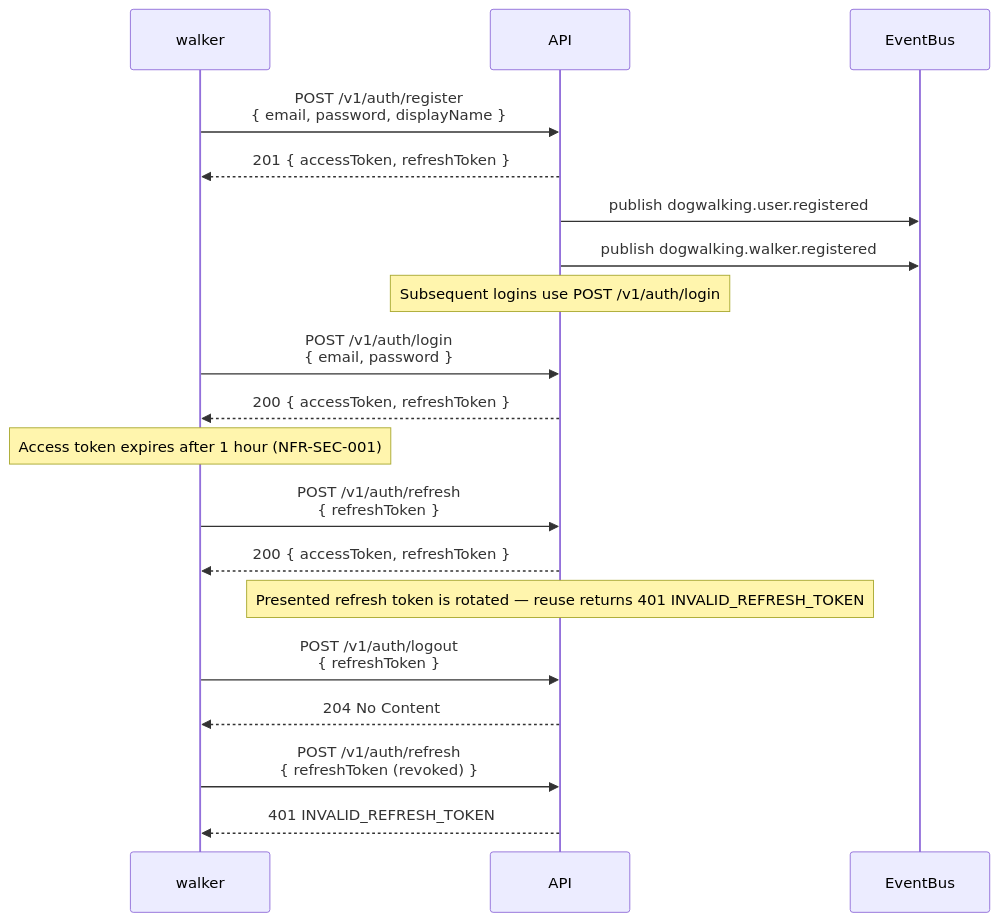
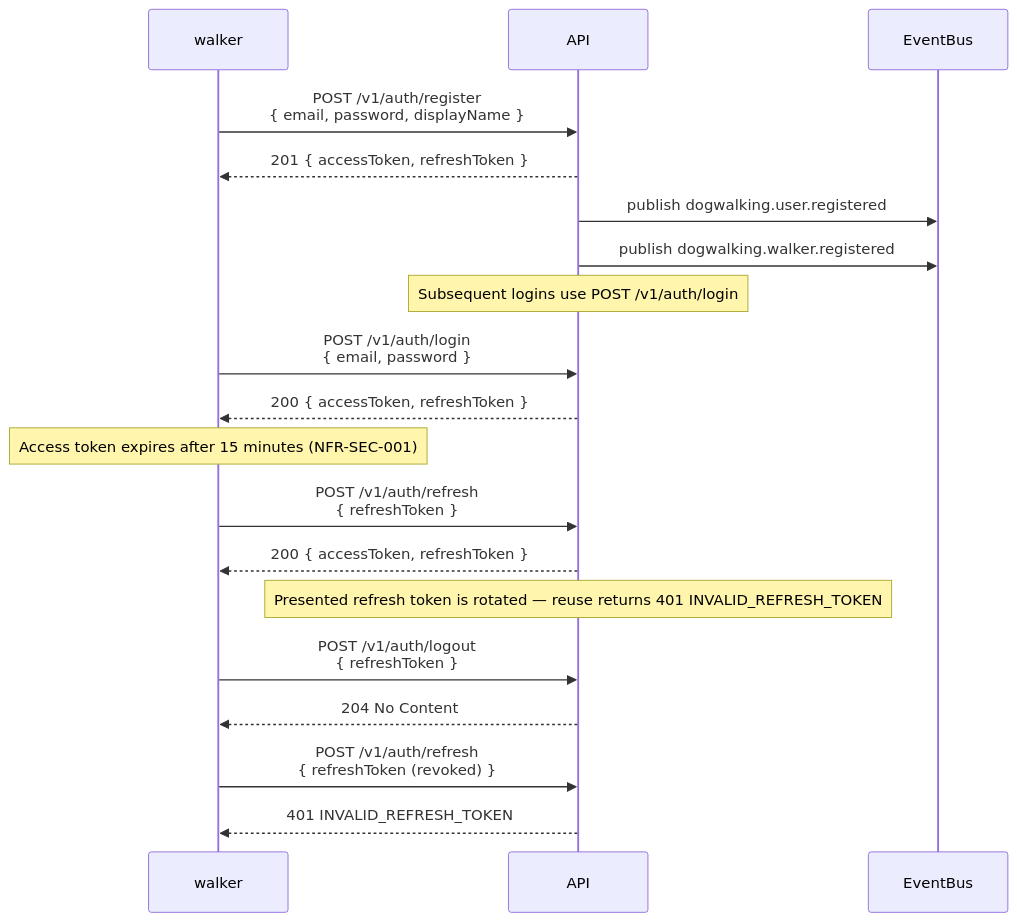
The first of 12 diagrams in docs/specifications/sequence-diagrams.md (dataGriff/spec-dog-walking), drawn with Mermaid before and after one commit. The commit also changed 6 other files, not shown here.

````diff
--- a/docs/specifications/sequence-diagrams.md
+++ b/docs/specifications/sequence-diagrams.md
@@ -15,26 +15,26 @@
 ```mermaid
 sequenceDiagram
     participant walker
     participant API
     participant EventBus
 
     walker->>API: POST /v1/auth/register<br/>{ email, password, displayName }
     API-->>walker: 201 { accessToken, refreshToken }
     API->>EventBus: publish dogwalking.user.registered
     API->>EventBus: publish dogwalking.walker.registered
 
     Note over API: Subsequent logins use POST /v1/auth/login
     walker->>API: POST /v1/auth/login<br/>{ email, password }
     API-->>walker: 200 { accessToken, refreshToken }
 
-    Note over walker: Access token expires after 1 hour (NFR-SEC-001)
+    Note over walker: Access token expires after 15 minutes (NFR-SEC-001)
     walker->>API: POST /v1/auth/refresh<br/>{ refreshToken }
     API-->>walker: 200 { accessToken, refreshToken }
     Note over API: Presented refresh token is rotated — reuse returns 401 INVALID_REFRESH_TOKEN
 
     walker->>API: POST /v1/auth/logout<br/>{ refreshToken }
     API-->>walker: 204 No Content
 
     walker->>API: POST /v1/auth/refresh<br/>{ refreshToken (revoked) }
     API-->>walker: 401 INVALID_REFRESH_TOKEN
 ```
````
